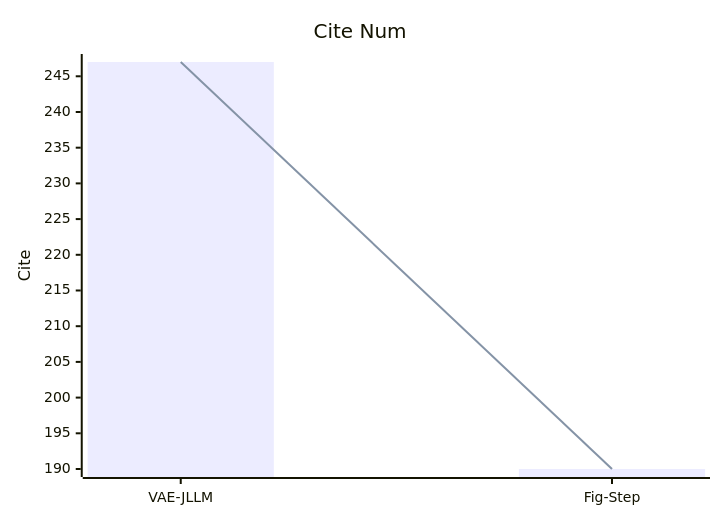
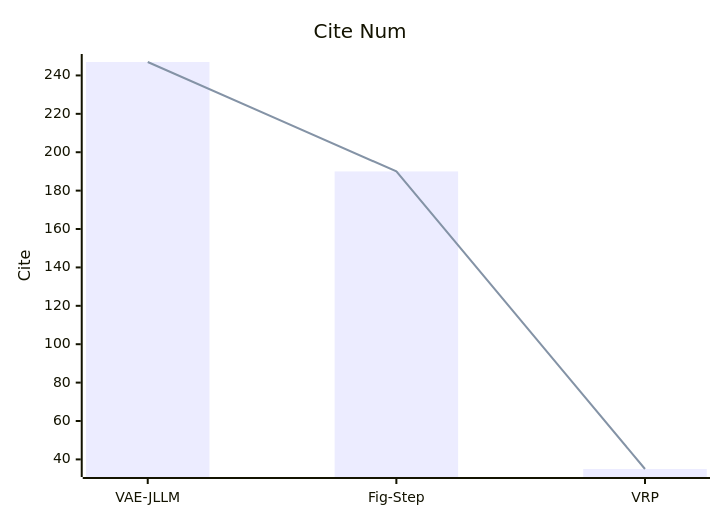
One commit to Elephant-King9/Paper changed the fifth of 5 diagrams in Attack/Jailbreak/VLVM/analyse.md. Above: the diagram before and after it, drawn with Mermaid. The commit also changed other lines of this file and 7 other files, not shown here.

````diff
--- a/Attack/Jailbreak/VLVM/analyse.md
+++ b/Attack/Jailbreak/VLVM/analyse.md
@@ -59,8 +62,8 @@
 ```mermaid
     xychart-beta
     title "Cite Num"
-    x-axis [VAE-JLLM,Fig-Step]
+    x-axis [VAE-JLLM,Fig-Step, VRP]
     y-axis "Cite" 
-    bar [247,190]
-    line [247,190]
+    bar [247,190,35]
+    line [247,190,35]
 ```
````
